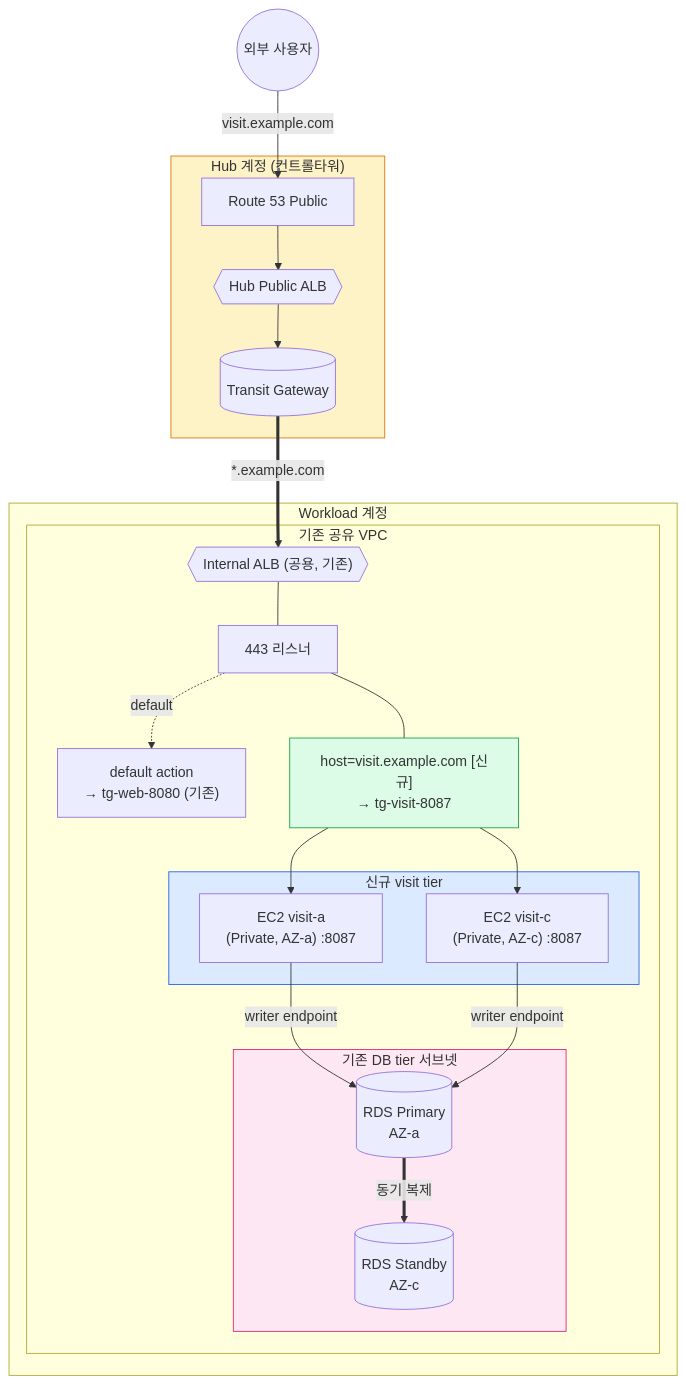
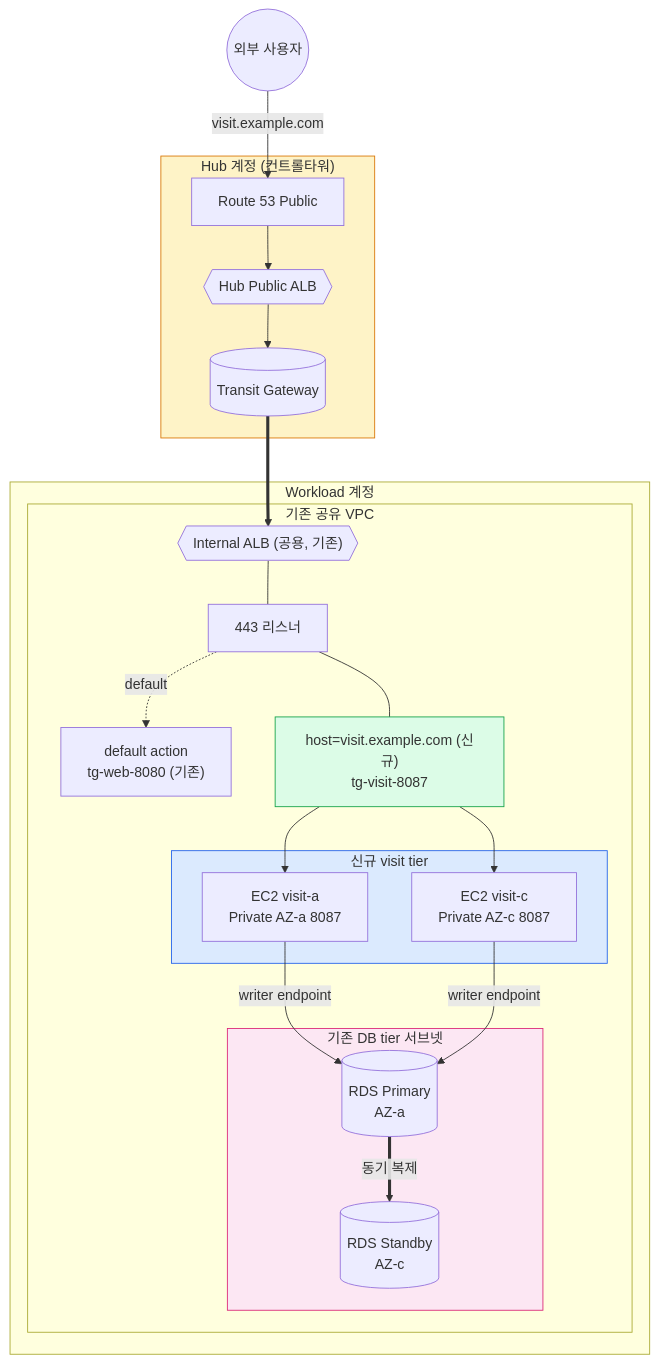
One commit to dasoldasol/dasoldasol.github.io changed the first of 2 diagrams in _posts/2026-05-07-aws-shared-vpc-new-service-tier.md. Above: the diagram before and after it, drawn with Mermaid.

Commit message:
fix: 큰 그림 mermaid 다이어그램 v11 호환 syntax 수정

````diff
--- a/_posts/2026-05-07-aws-shared-vpc-new-service-tier.md
+++ b/_posts/2026-05-07-aws-shared-vpc-new-service-tier.md
@@ -31,48 +31,48 @@
 ```mermaid
 flowchart TB
     Ext((외부 사용자))
 
     subgraph Hub["Hub 계정 (컨트롤타워)"]
         R53[Route 53 Public]
         HubALB{{"Hub Public ALB"}}
         TGW[(Transit Gateway)]
         R53 --> HubALB --> TGW
     end
 
     Ext -->|visit.example.com| R53
 
     subgraph Work["Workload 계정"]
         subgraph VPC["기존 공유 VPC"]
             IALB{{"Internal ALB (공용, 기존)"}}
             L443["443 리스너"]
-            DEFAULT["default action<br/>→ tg-web-8080 (기존)"]
-            RULE["host=visit.example.com [신규]<br/>→ tg-visit-8087"]
+            DEFAULT["default action<br/>tg-web-8080 (기존)"]
+            RULE["host=visit.example.com (신규)<br/>tg-visit-8087"]
             IALB --- L443
             L443 -. default .-> DEFAULT
             L443 --- RULE
 
             subgraph Visit["신규 visit tier"]
-                EC2A["EC2 visit-a<br/>(Private, AZ-a) :8087"]
-                EC2C["EC2 visit-c<br/>(Private, AZ-c) :8087"]
+                EC2A["EC2 visit-a<br/>Private AZ-a 8087"]
+                EC2C["EC2 visit-c<br/>Private AZ-c 8087"]
             end
 
             subgraph DB["기존 DB tier 서브넷"]
                 RDSP[("RDS Primary<br/>AZ-a")]
                 RDSS[("RDS Standby<br/>AZ-c")]
                 RDSP ==>|동기 복제| RDSS
             end
 
             RULE --> EC2A
             RULE --> EC2C
             EC2A -->|writer endpoint| RDSP
             EC2C -->|writer endpoint| RDSP
         end
     end
 
-    TGW ==>|"*.example.com"| IALB
+    TGW ==> IALB
 
     style Hub fill:#fef3c7,stroke:#d97706
     style Visit fill:#dbeafe,stroke:#2563eb
     style RULE fill:#dcfce7,stroke:#16a34a
     style DB fill:#fce7f3,stroke:#db2777
 ```
````
